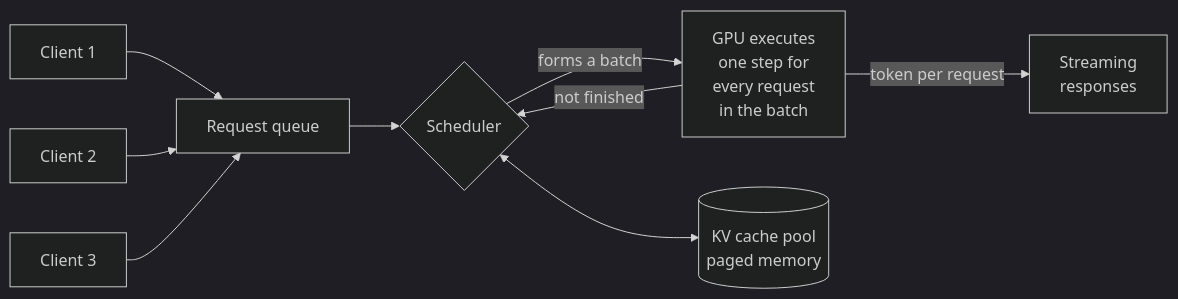
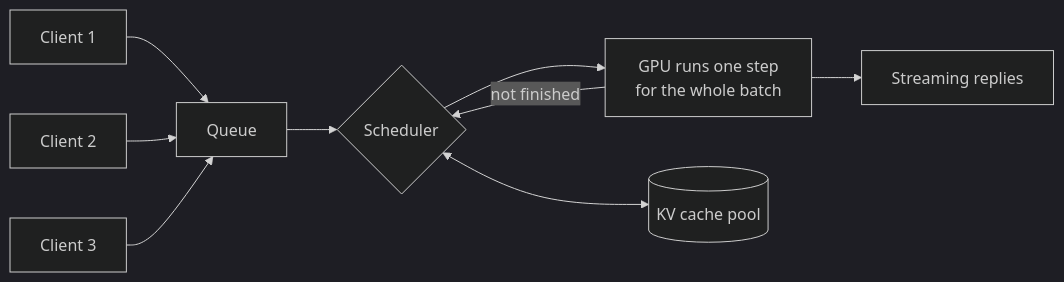
The second of 2 diagrams in book/10-from-one-user-to-many.md (kamil-kielbasa/ai-infrastructure-book), drawn with Mermaid (dark theme) before and after one commit. The commit also changed other lines of this file and 15 other files, not shown here.

Commit message:
fix: pin mermaid and mathjax to working majors, trim part V

````diff
--- a/book/10-from-one-user-to-many.md
+++ b/book/10-from-one-user-to-many.md
@@ -62,11 +60,11 @@
 ```mermaid
 flowchart LR
-    C1[Client 1] --> Q
+    C1[Client 1] --> Q[Queue]
     C2[Client 2] --> Q
     C3[Client 3] --> Q
-    Q[Request queue] --> SCH{Scheduler}
-    SCH -->|forms a batch| GPU[GPU executes<br/>one step for<br/>every request<br/>in the batch]
-    GPU -->|token per request| STR[Streaming<br/>responses]
+    Q --> SCH{Scheduler}
+    SCH --> GPU[GPU runs one step<br/>for the whole batch]
+    GPU --> STR[Streaming replies]
     GPU -->|not finished| SCH
-    SCH <--> KV[(KV cache pool<br/>paged memory)]
+    SCH <--> KV[(KV cache pool)]
 ```
````
